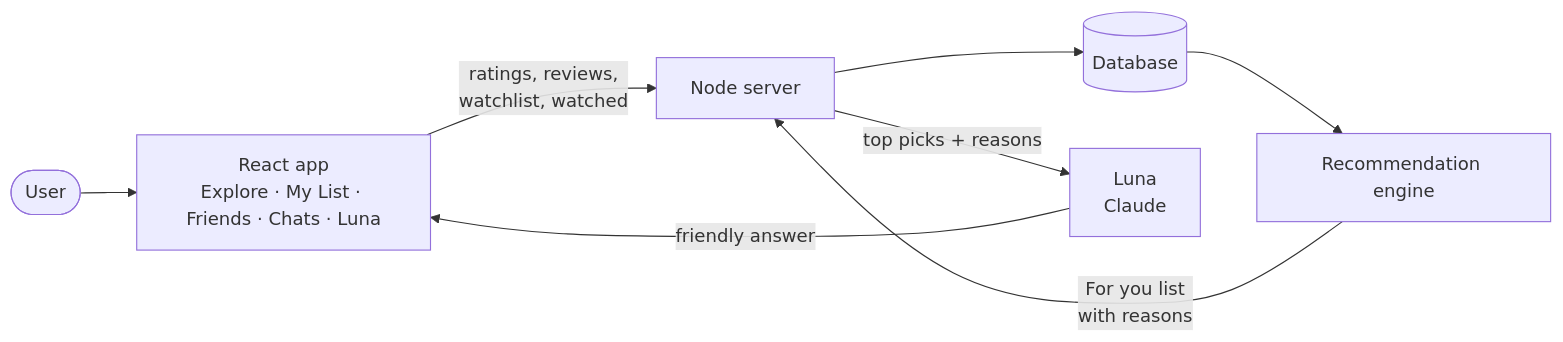
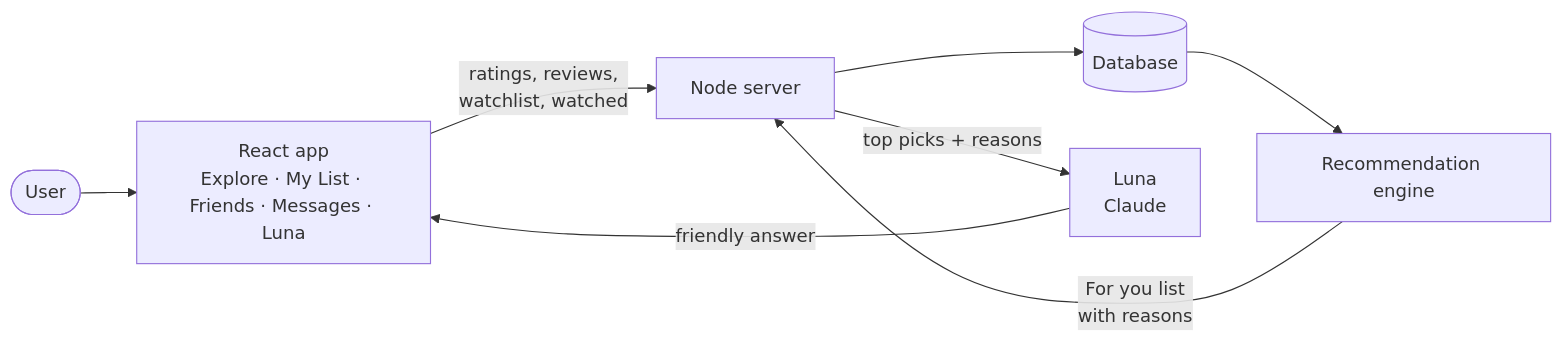
Before and after one commit to jasonkishore82/grab_the_popcorn: the first of 4 diagrams in docs/HOW_IT_WORKS.md, drawn with Mermaid. The commit also changed other lines of this file and 20 other files, not shown here.

````diff
--- a/docs/HOW_IT_WORKS.md
+++ b/docs/HOW_IT_WORKS.md
@@ -23,10 +23,10 @@
 ```mermaid
 flowchart LR
-    U([User]) --> UI[React app<br/>Explore · My List · Friends · Chats · Luna]
+    U([User]) --> UI[React app<br/>Explore · My List · Friends · Messages · Luna]
     UI -->|ratings, reviews,<br/>watchlist, watched| API[Node server]
     API --> DB[(Database)]
     DB --> REC[Recommendation engine]
     REC -->|For you list<br/>with reasons| API
     API -->|top picks + reasons| LUNA[Luna<br/>Claude]
     LUNA -->|friendly answer| UI
 ```
````
